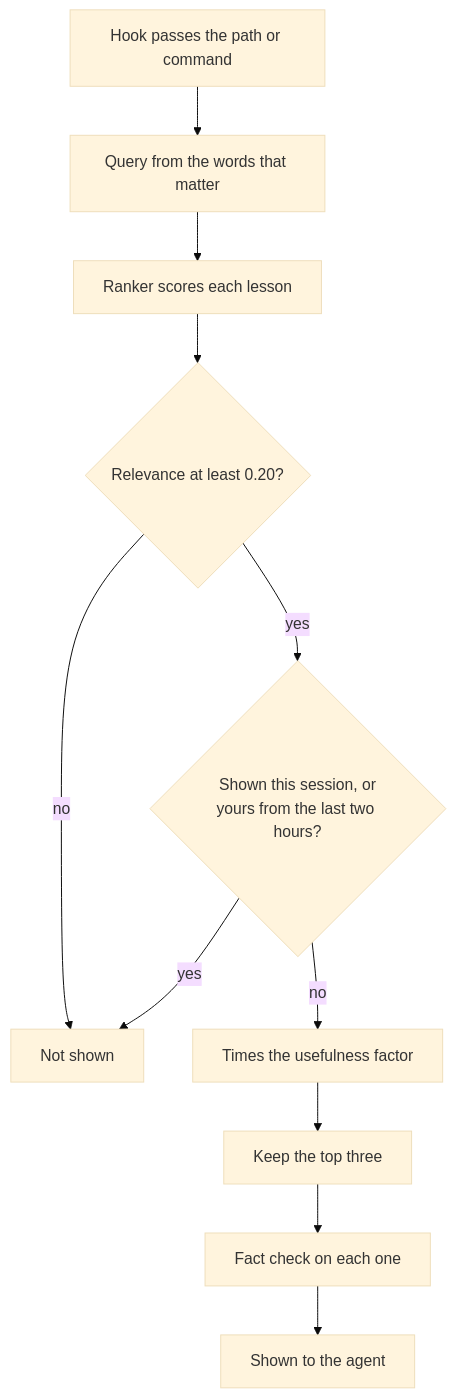
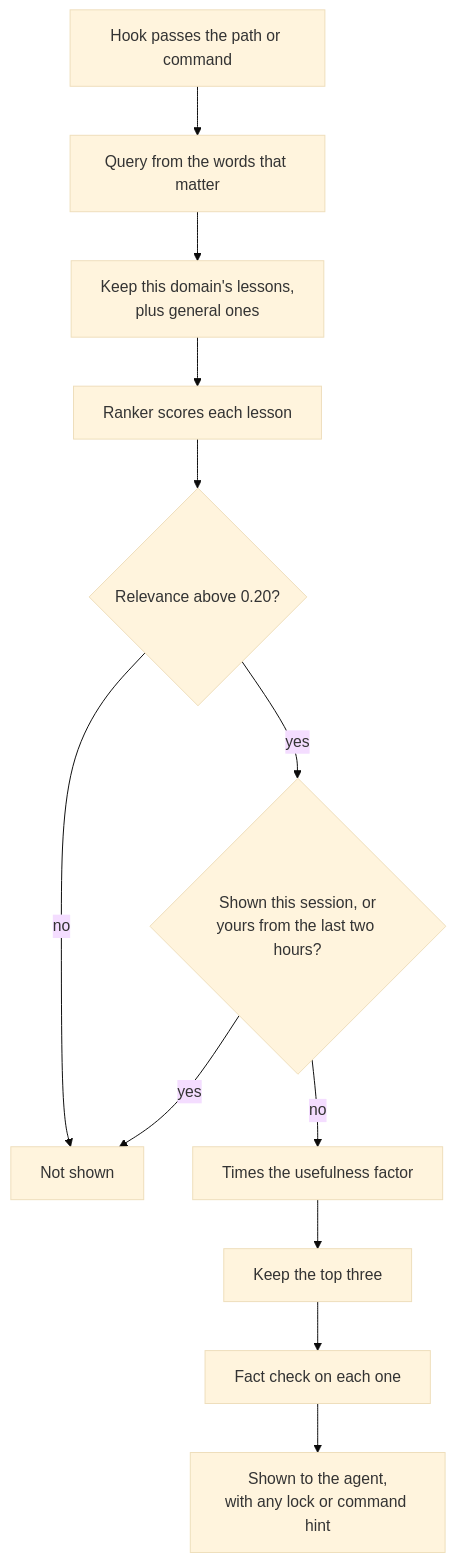
The diagram in apps/docs/content/docs/concepts/memory/recall-at-action.mdx (balanced7/akashic-aurora), drawn with Mermaid (base theme) before and after one commit. The commit also changed other lines of this file and 4 other files, not shown here.

````diff
--- a/apps/docs/content/docs/concepts/memory/recall-at-action.mdx
+++ b/apps/docs/content/docs/concepts/memory/recall-at-action.mdx
@@ -14,13 +18,14 @@
 ```mermaid
 flowchart TB
   hook["Hook passes the path or command"] --> q["Query from the words that matter"]
-  q --> rank["Ranker scores each lesson"]
-  rank --> floor{"Relevance at least 0.20?"}
+  q --> dom["Keep this domain's lessons,<br/>plus general ones"]
+  dom --> rank["Ranker scores each lesson"]
+  rank --> floor{"Relevance above 0.20?"}
   floor -- no --> drop["Not shown"]
   floor -- yes --> skip{"Shown this session, or<br/>yours from the last two hours?"}
   skip -- yes --> drop
   skip -- no --> use["Times the usefulness factor"]
   use --> top["Keep the top three"]
   top --> critic["Fact check on each one"]
-  critic --> show["Shown to the agent"]
+  critic --> show["Shown to the agent,<br/>with any lock or command hint"]
 ```
````
